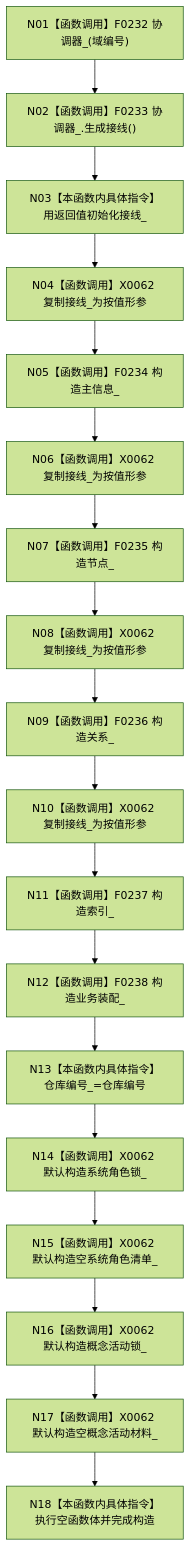
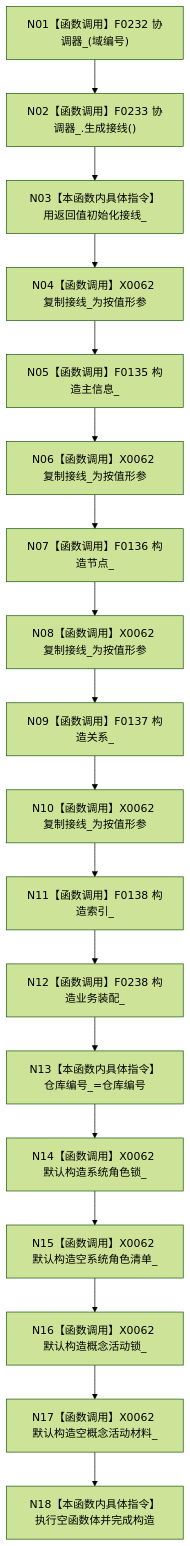
One commit to chunhaizh-cyber/HY-Ego changed the diagram in 流程图/代码流程图/L4/CF-L4-0036_运行期上下文_三参数构造_现状流程图.md. Above: the diagram before and after it, drawn with Mermaid (forest theme). The commit also changed 18 other files, not shown here.

Commit message:
docs: 补齐F0239至F0241代码流程图

````diff
--- a/流程图/代码流程图/L4/CF-L4-0036_运行期上下文_三参数构造_现状流程图.md
+++ b/流程图/代码流程图/L4/CF-L4-0036_运行期上下文_三参数构造_现状流程图.md
@@ -10,23 +10,23 @@
 ```mermaid
 flowchart TD
     N01["N01【函数调用】F0232 协调器_(域编号)"]
     N02["N02【函数调用】F0233 协调器_.生成接线()"]
     N03["N03【本函数内具体指令】用返回值初始化接线_"]
     N04["N04【函数调用】X0062 复制接线_为按值形参"]
-    N05["N05【函数调用】F0234 构造主信息_"]
+    N05["N05【函数调用】F0135 构造主信息_"]
     N06["N06【函数调用】X0062 复制接线_为按值形参"]
-    N07["N07【函数调用】F0235 构造节点_"]
+    N07["N07【函数调用】F0136 构造节点_"]
     N08["N08【函数调用】X0062 复制接线_为按值形参"]
-    N09["N09【函数调用】F0236 构造关系_"]
+    N09["N09【函数调用】F0137 构造关系_"]
     N10["N10【函数调用】X0062 复制接线_为按值形参"]
-    N11["N11【函数调用】F0237 构造索引_"]
+    N11["N11【函数调用】F0138 构造索引_"]
     N12["N12【函数调用】F0238 构造业务装配_"]
     N13["N13【本函数内具体指令】仓库编号_=仓库编号"]
     N14["N14【函数调用】X0062 默认构造系统角色锁_"]
     N15["N15【函数调用】X0062 默认构造空系统角色清单_"]
     N16["N16【函数调用】X0062 默认构造概念活动锁_"]
     N17["N17【函数调用】X0062 默认构造空概念活动材料_"]
     N18["N18【本函数内具体指令】执行空函数体并完成构造"]
     N01 --> N02 --> N03 --> N04 --> N05 --> N06 --> N07 --> N08 --> N09
     N09 --> N10 --> N11 --> N12 --> N13 --> N14 --> N15 --> N16 --> N17 --> N18
 ```
````
